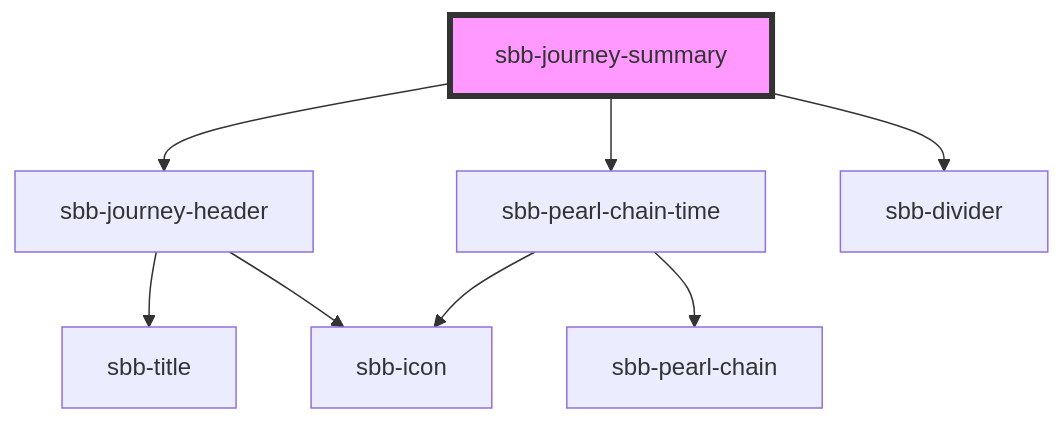
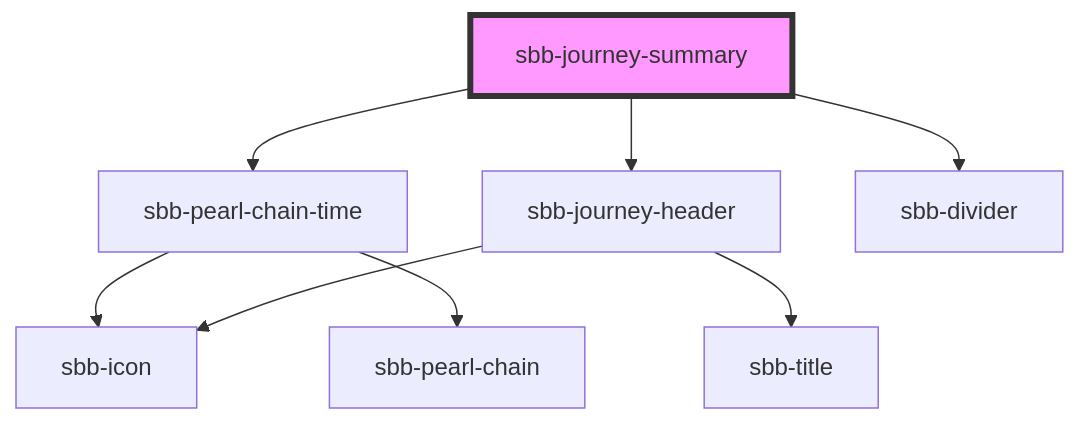
One commit to sbb-design-systems/lyne-components changed the diagram in src/components/sbb-journey-summary/readme.md. Above: the diagram before and after it, drawn with Mermaid. The commit also changed other lines of this file and 4 other files, not shown here.

````diff
--- a/src/components/sbb-journey-summary/readme.md
+++ b/src/components/sbb-journey-summary/readme.md
@@ -32,11 +32,11 @@
 ```mermaid
 graph TD;
+  sbb-journey-summary --> sbb-pearl-chain-time
   sbb-journey-summary --> sbb-journey-header
-  sbb-journey-summary --> sbb-pearl-chain-time
   sbb-journey-summary --> sbb-divider
+  sbb-pearl-chain-time --> sbb-icon
+  sbb-pearl-chain-time --> sbb-pearl-chain
   sbb-journey-header --> sbb-title
   sbb-journey-header --> sbb-icon
-  sbb-pearl-chain-time --> sbb-icon
-  sbb-pearl-chain-time --> sbb-pearl-chain
   style sbb-journey-summary fill:#f9f,stroke:#333,stroke-width:4px
 ```
````
